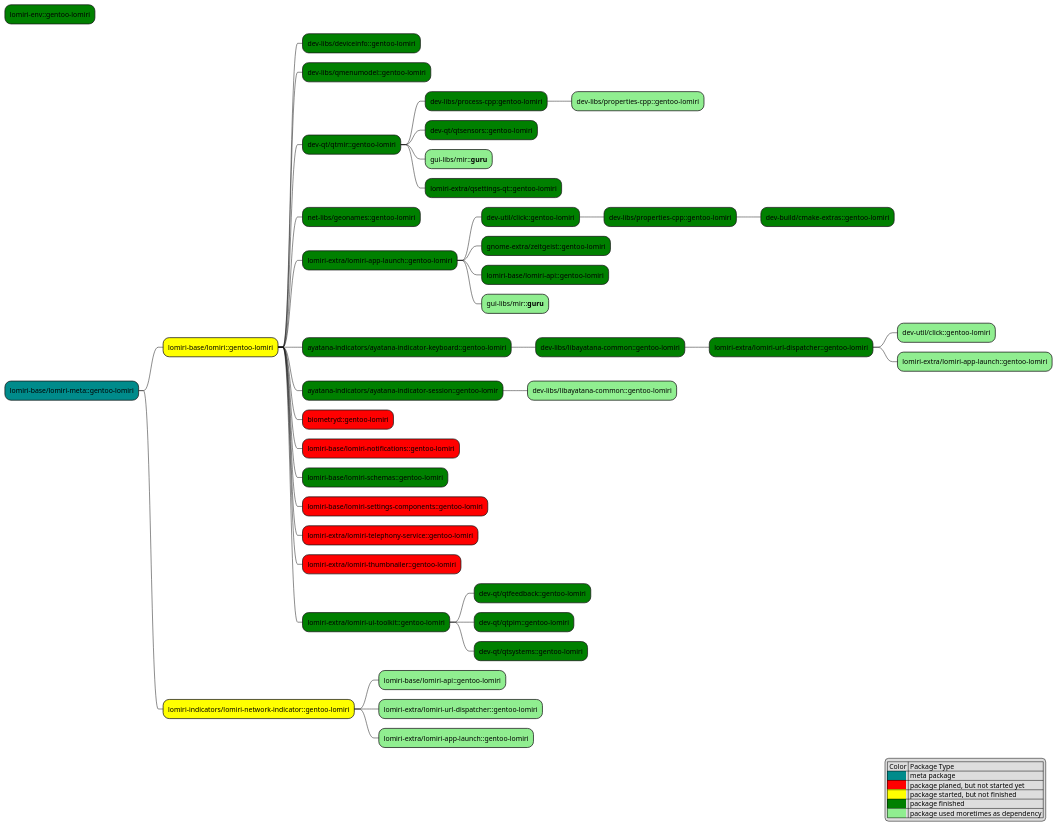
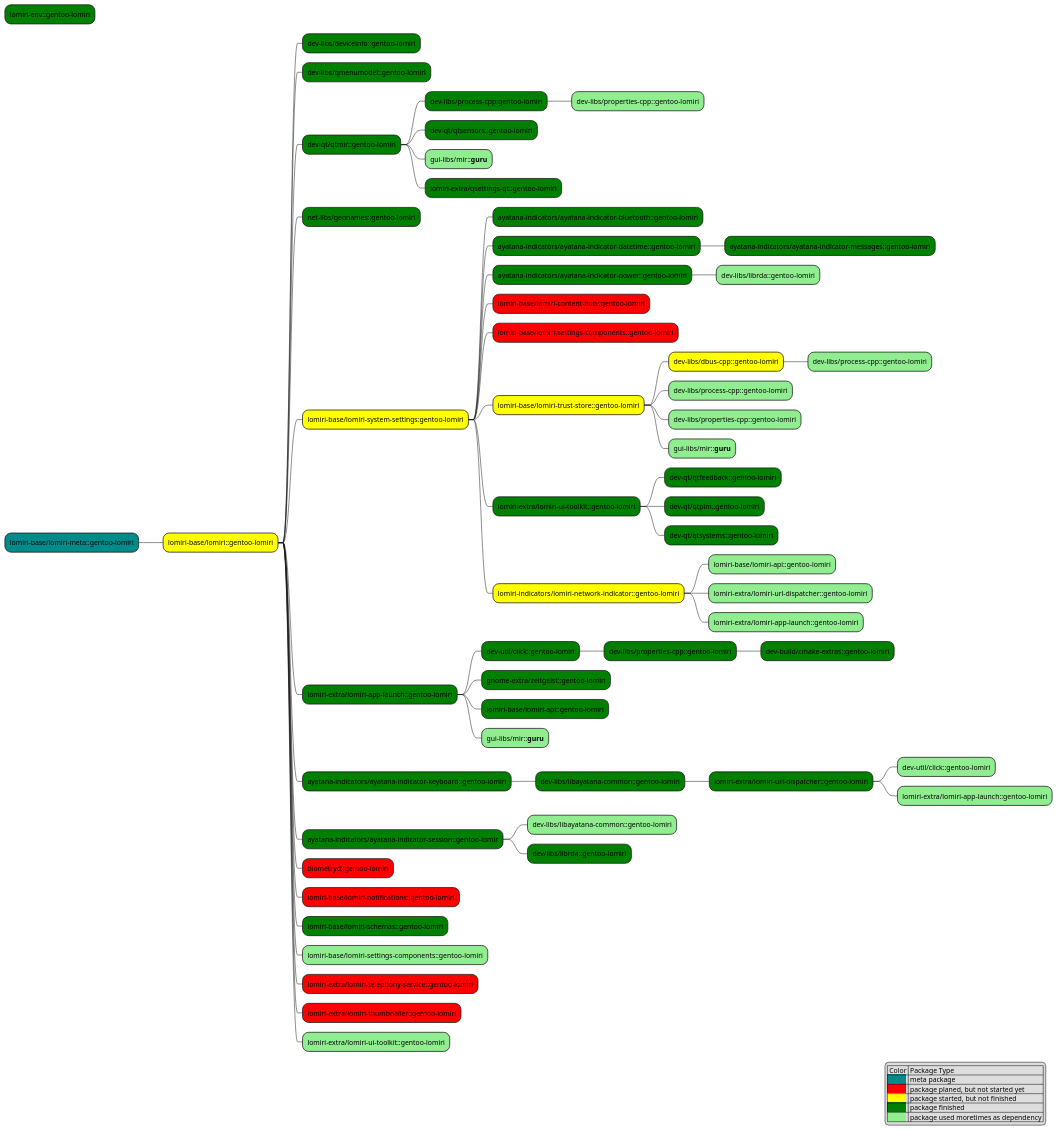
The diagram in docs/lomiri-packages.plantuml (renegart/gentoo-lomiri), drawn with PlantUML before and after one commit. The commit also changed 16 other files, not shown here.

```diff
--- a/docs/lomiri-packages.plantuml
+++ b/docs/lomiri-packages.plantuml
@@ -1,52 +1,67 @@
 @startmindmap package dependencies
 legend right
     | Color | Package Type |
     |<back:DarkCyan>          </back>| meta package|
     |<back:red>          </back>| package planed, but not started yet|
     |<back:yellow>          </back>| package started, but not finished|
     |<back:green>          </back>| package finished|
     |<back:lightgreen>          </back>| package used moretimes as dependency |
 endlegend
 
 *[#green] lomiri-env::gentoo-lomiri
 *[#DarkCyan] lomiri-base/lomiri-meta::gentoo-lomiri
   *[#yellow] lomiri-base/lomiri::gentoo-lomiri
     *[#green] dev-libs/deviceinfo::gentoo-lomiri
     *[#green] dev-libs/qmenumodel::gentoo-lomiri
     *[#green] dev-qt/qtmir::gentoo-lomiri
       *[#green] dev-libs/process-cpp:gentoo-lomiri
         *[#lightgreen] dev-libs/properties-cpp::gentoo-lomiri
       *[#green] dev-qt/qtsensors::gentoo-lomiri
       *[#lightgreen] gui-libs/mir::**guru**
       *[#green] lomiri-extra/qsettings-qt::gentoo-lomiri
     *[#green] net-libs/geonames::gentoo-lomiri
+    *[#yellow] lomiri-base/lomiri-system-settings:gentoo-lomiri
+      *[#green] ayatana-indicators/ayatana-indicator-bluetooth::gentoo-lomiri
+      *[#green] ayatana-indicators/ayatana-indicator-datetime::gentoo-lomiri
+        *[#green] ayatana-indicators/ayatana-indicator-messages::gentoo-lomiri
+      *[#green] ayatana-indicators/ayatana-indicator-power::gentoo-lomiri
+        *[#lightgreen] dev-libs/librda::gentoo-lomiri
+      *[#red] lomiri-base/lomiri-content-hub::gentoo-lomiri
+      *[#red] lomiri-base/lomiri-settings-components::gentoo-lomiri
+      *[#yellow] lomiri-base/lomiri-trust-store::gentoo-lomiri
+        *[#yellow] dev-libs/dbus-cpp::gentoo-lomiri
+          *[#lightgreen] dev-libs/process-cpp::gentoo-lomiri
+        *[#lightgreen] dev-libs/process-cpp::gentoo-lomiri
+        *[#lightgreen] dev-libs/properties-cpp::gentoo-lomiri
+        *[#lightgreen] gui-libs/mir::**guru**
+      *[#green] lomiri-extra/lomiri-ui-toolkit::gentoo-lomiri
+        *[#green] dev-qt/qtfeedback::gentoo-lomiri
+        *[#green] dev-qt/qtpim::gentoo-lomiri
+        *[#green] dev-qt/qtsystems::gentoo-lomiri
+      *[#yellow] lomiri-indicators/lomiri-network-indicator::gentoo-lomiri
+        *[#lightgreen] lomiri-base/lomiri-api::gentoo-lomiri
+        *[#lightgreen] lomiri-extra/lomiri-url-dispatcher::gentoo-lomiri
+        *[#lightgreen] lomiri-extra/lomiri-app-launch::gentoo-lomiri
     *[#green] lomiri-extra/lomiri-app-launch::gentoo-lomiri
       *[#green] dev-util/click::gentoo-lomiri
         *[#green] dev-libs/properties-cpp::gentoo-lomiri
           *[#green] dev-build/cmake-extras::gentoo-lomiri
       *[#green] gnome-extra/zeitgeist::gentoo-lomiri
       *[#green] lomiri-base/lomiri-api::gentoo-lomiri
       *[#lightgreen] gui-libs/mir::**guru**
     *[#green] ayatana-indicators/ayatana-indicator-keyboard::gentoo-lomiri
       *[#green] dev-libs/libayatana-common::gentoo-lomiri
         *[#green] lomiri-extra/lomiri-url-dispatcher::gentoo-lomiri
           *[#lightgreen] dev-util/click::gentoo-lomiri
           *[#lightgreen] lomiri-extra/lomiri-app-launch::gentoo-lomiri
     *[#green] ayatana-indicators/ayatana-indicator-session::gentoo-lomir
       *[#lightgreen] dev-libs/libayatana-common::gentoo-lomiri
+      *[#green] dev/libs/librda::gentoo-lomiri
     *[#red] biometryd::gentoo-lomiri
     *[#red] lomiri-base/lomiri-notifications::gentoo-lomiri
     *[#green] lomiri-base/lomiri-schemas::gentoo-lomiri
-    *[#red] lomiri-base/lomiri-settings-components::gentoo-lomiri
+    *[#lightgreen] lomiri-base/lomiri-settings-components::gentoo-lomiri
     *[#red] lomiri-extra/lomiri-telephony-service::gentoo-lomiri
     *[#red] lomiri-extra/lomiri-thumbnailer::gentoo-lomiri
-    *[#green] lomiri-extra/lomiri-ui-toolkit::gentoo-lomiri
-      *[#green] dev-qt/qtfeedback::gentoo-lomiri
-      *[#green] dev-qt/qtpim::gentoo-lomiri
-      *[#green] dev-qt/qtsystems::gentoo-lomiri
-  *[#yellow] lomiri-indicators/lomiri-network-indicator::gentoo-lomiri
-    *[#lightgreen] lomiri-base/lomiri-api::gentoo-lomiri
-    *[#lightgreen] lomiri-extra/lomiri-url-dispatcher::gentoo-lomiri
-    *[#lightgreen] lomiri-extra/lomiri-app-launch::gentoo-lomiri
-
+    *[#lightgreen] lomiri-extra/lomiri-ui-toolkit::gentoo-lomiri
 @endmindmap
```
